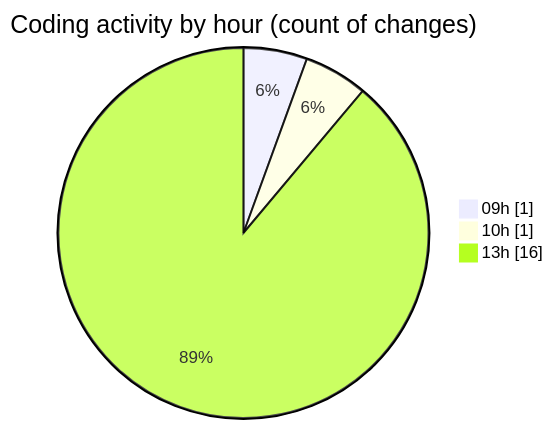
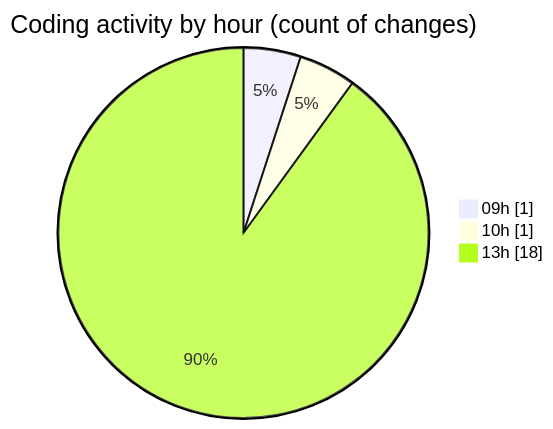
Before and after one commit to LanceThiago/code-tracking: the second of 2 diagrams in 2025-06-03/totem/README.md, drawn with Mermaid. The commit also changed other lines of this file and 1 other file, not shown here.

````diff
--- a/2025-06-03/totem/README.md
+++ b/2025-06-03/totem/README.md
@@ -34,7 +34,7 @@
 ```mermaid
 pie showData
 title Coding activity by hour (count of changes)
 "09h" : 1
 "10h" : 1
-"13h" : 16
+"13h" : 18
 ```
````
